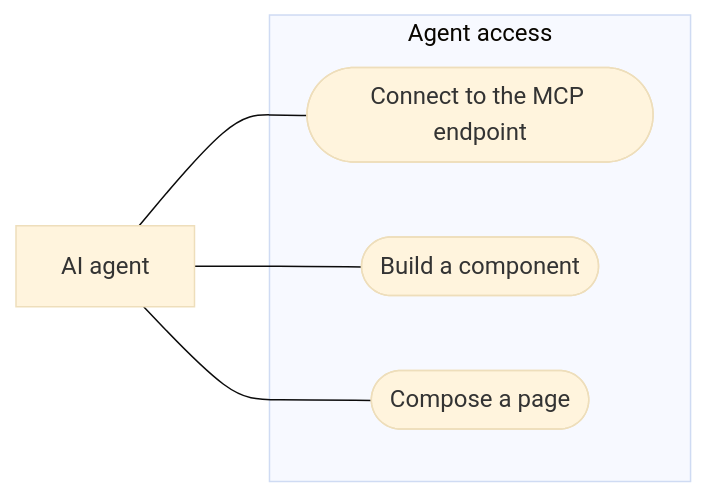
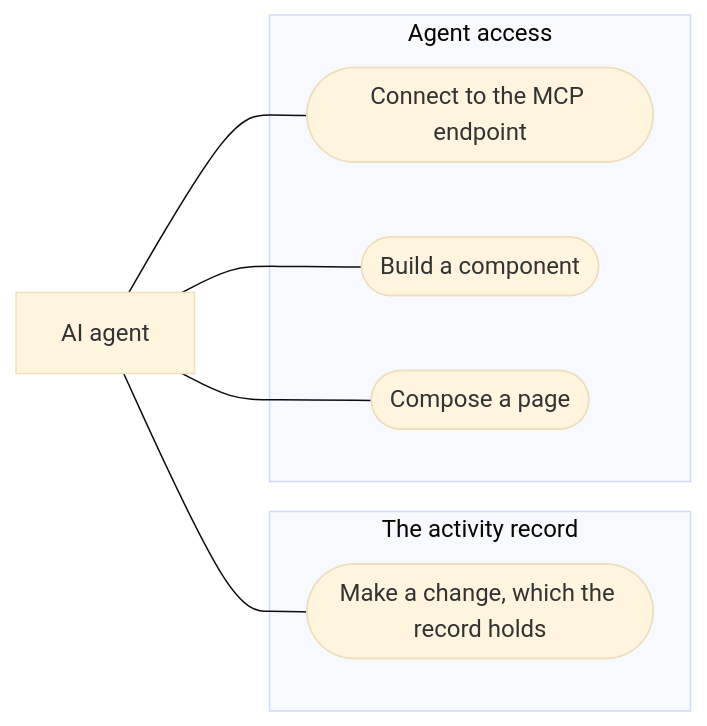
One commit to GenoaCMS/genoacms changed the second of 12 diagrams in docs/MAP.md. Above: the diagram before and after it, drawn with Mermaid (base theme). The commit also changed other lines of this file and 6 other files, not shown here.

First line of the commit message:
docs(activity): the activity record and the activity sink contract

````diff
--- a/docs/MAP.md
+++ b/docs/MAP.md
@@ -35,13 +35,17 @@
 ```mermaid
 flowchart LR
   actor["AI agent"]
-  subgraph doc1 ["Agent access"]
+  subgraph doc1 ["The activity record"]
+    AJ1(["Make a change, which the record holds"])
+  end
+  subgraph doc2 ["Agent access"]
     TJ1(["Connect to the MCP endpoint"])
     TJ2(["Build a component"])
     TJ3(["Compose a page"])
   end
-  actor --- TJ1 & TJ2 & TJ3
+  actor --- AJ1 & TJ1 & TJ2 & TJ3
+  click AJ1 "architecture/activity.md"
   click TJ1 "architecture/agent-access.md"
   click TJ2 "architecture/agent-access.md"
   click TJ3 "architecture/agent-access.md"
 ```
````
